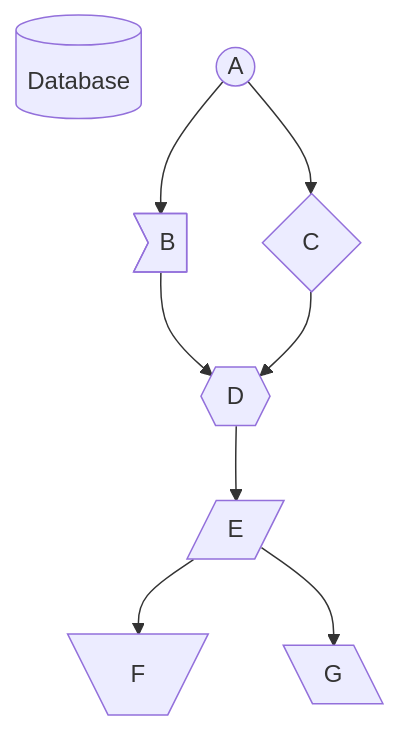
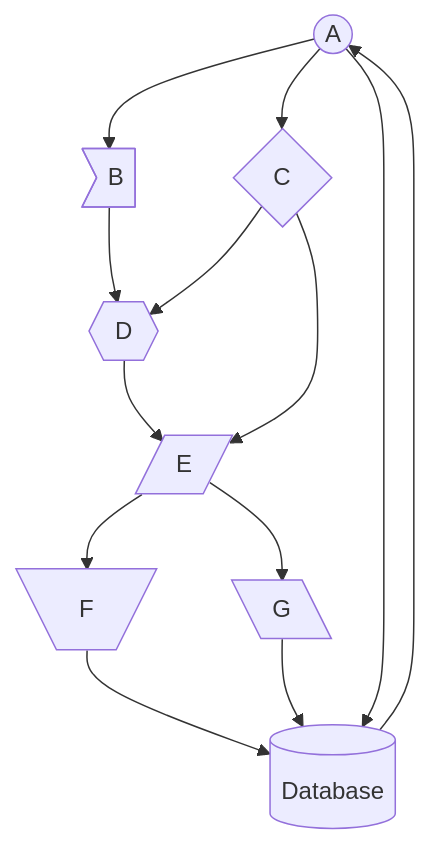
One commit to OrenBochman/orenbochman.github.io changed the first of 8 diagrams in _posts/2021-03-29-mermaid-charts-test.md. Above: the diagram before and after it, drawn with Mermaid. The commit also changed other lines of this file, not shown here.

```diff
--- a/_posts/2021-03-29-mermaid-charts-test.md
+++ b/_posts/2021-03-29-mermaid-charts-test.md
@@ -10,11 +11,15 @@
 <div class="mermaid">
 graph TD;
-    id1[(Database)]
     A((A))-->B>B];
     A-->C{C};
     B-->D{{D}};
     C-->D;
+    C-->E;
     D-->E[/E/];
     E-->F[\F/];
     E-->G[\G\];
+    G-->H[(Database)];
+    F-->H
+    A-->H-->A
+
 </div>
```
